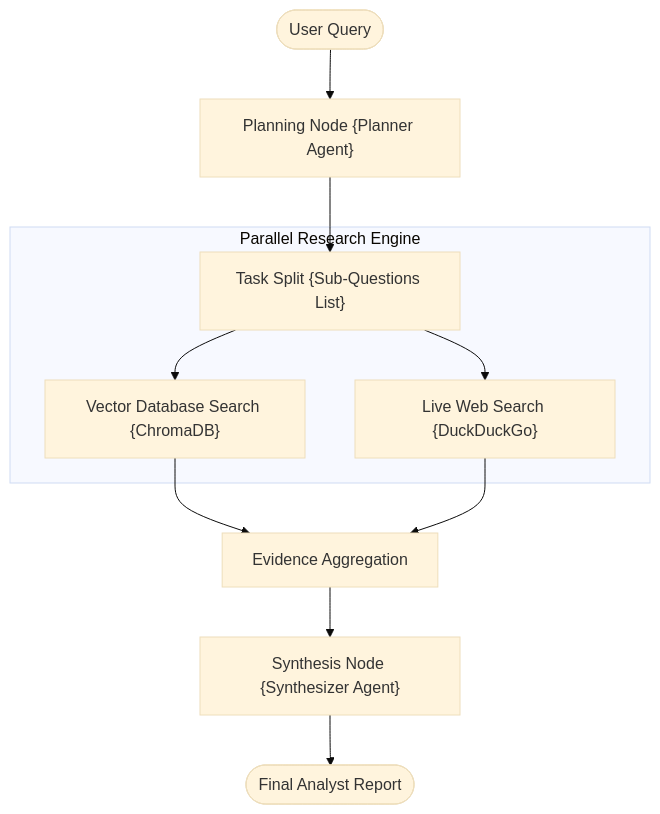
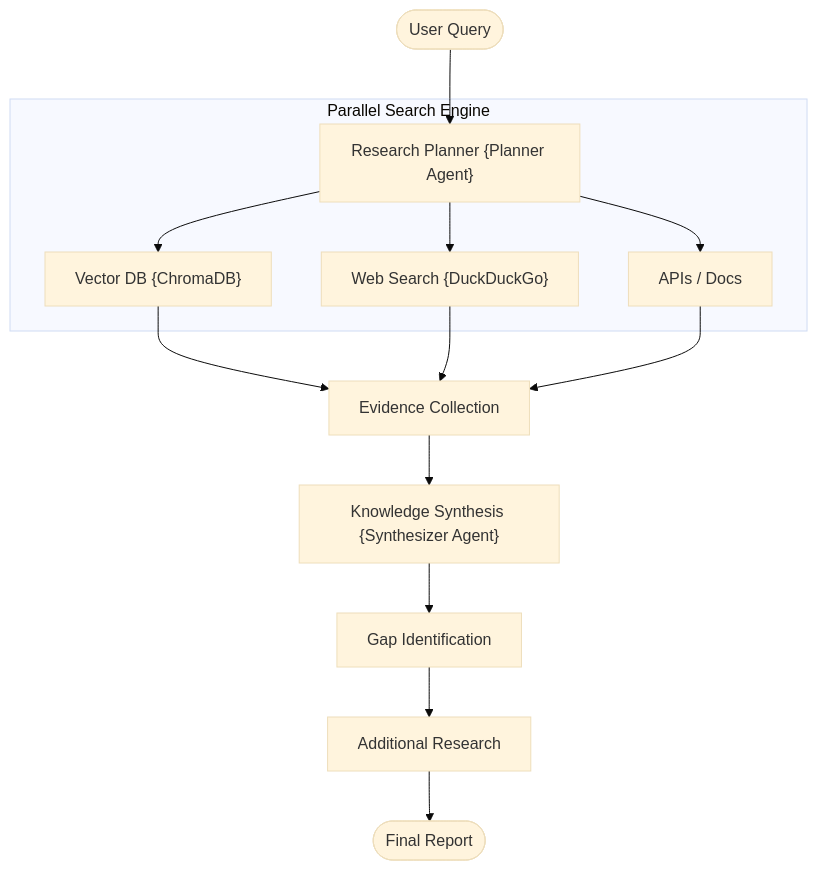
The diagram in 20_Deep_Research_RAG/README.md (mohd-faizy/RAG-Design-Patterns), drawn with Mermaid (base theme) before and after one commit.

````diff
--- a/20_Deep_Research_RAG/README.md
+++ b/20_Deep_Research_RAG/README.md
@@ -27,16 +27,19 @@
 ```mermaid
 graph TD
-    Question([User Query]) --> Planning["Planning Node {Planner Agent}"]
-    Planning --> Split["Task Split {Sub-Questions List}"]
+    Query([User Query]) --> Planner["Research Planner {Planner Agent}"]
     
-    subgraph Parallel Research Engine
-        Split --> Vector["Vector Database Search {ChromaDB}"]
-        Split --> Web["Live Web Search {DuckDuckGo}"]
+    subgraph Parallel Search Engine
+        Planner --> Vector["Vector DB {ChromaDB}"]
+        Planner --> Web["Web Search {DuckDuckGo}"]
+        Planner --> APIs["APIs / Docs"]
     end
     
-    Vector --> Aggregation["Evidence Aggregation"]
-    Web --> Aggregation
+    Vector --> Evidence["Evidence Collection"]
+    Web --> Evidence
+    APIs --> Evidence
     
-    Aggregation --> Synthesis["Synthesis Node {Synthesizer Agent}"]
-    Synthesis --> Report([Final Analyst Report])
+    Evidence --> Synthesis["Knowledge Synthesis {Synthesizer Agent}"]
+    Synthesis --> Gap["Gap Identification"]
+    Gap --> Additional["Additional Research"]
+    Additional --> Report([Final Report])
 ```
````
